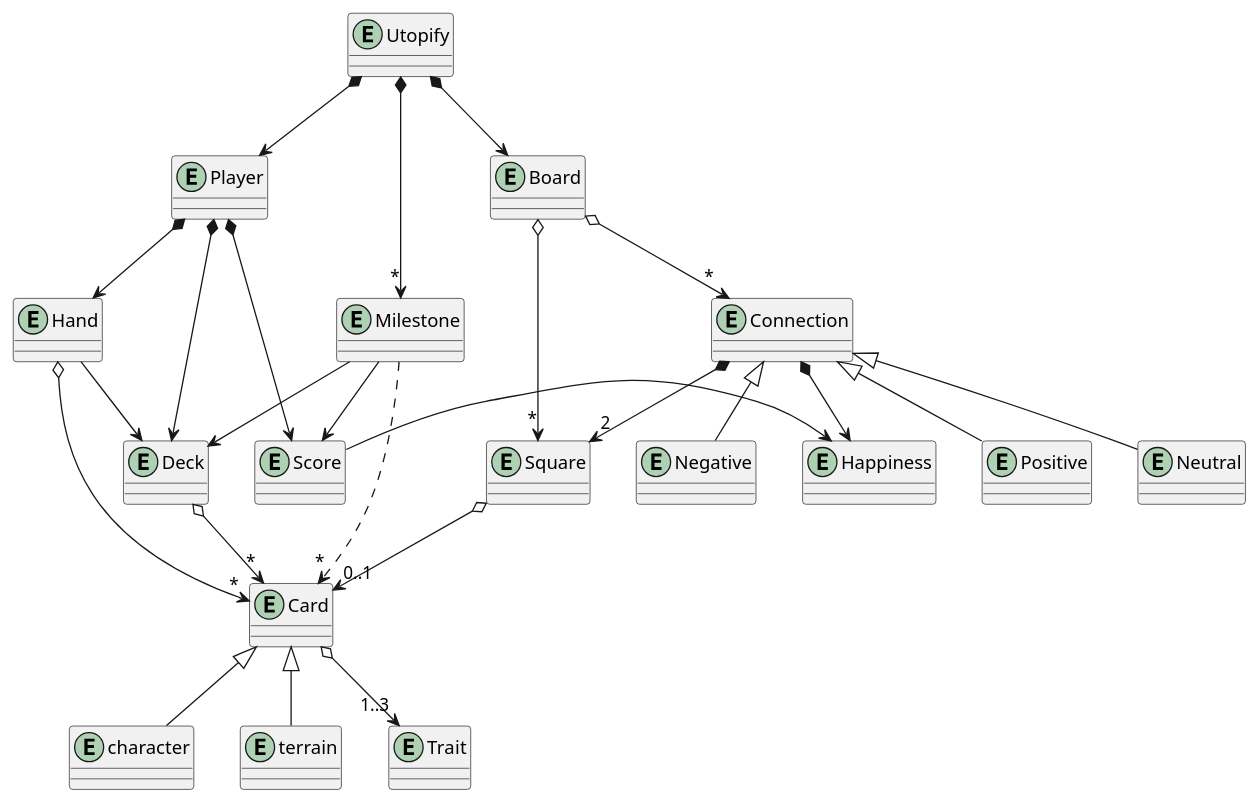
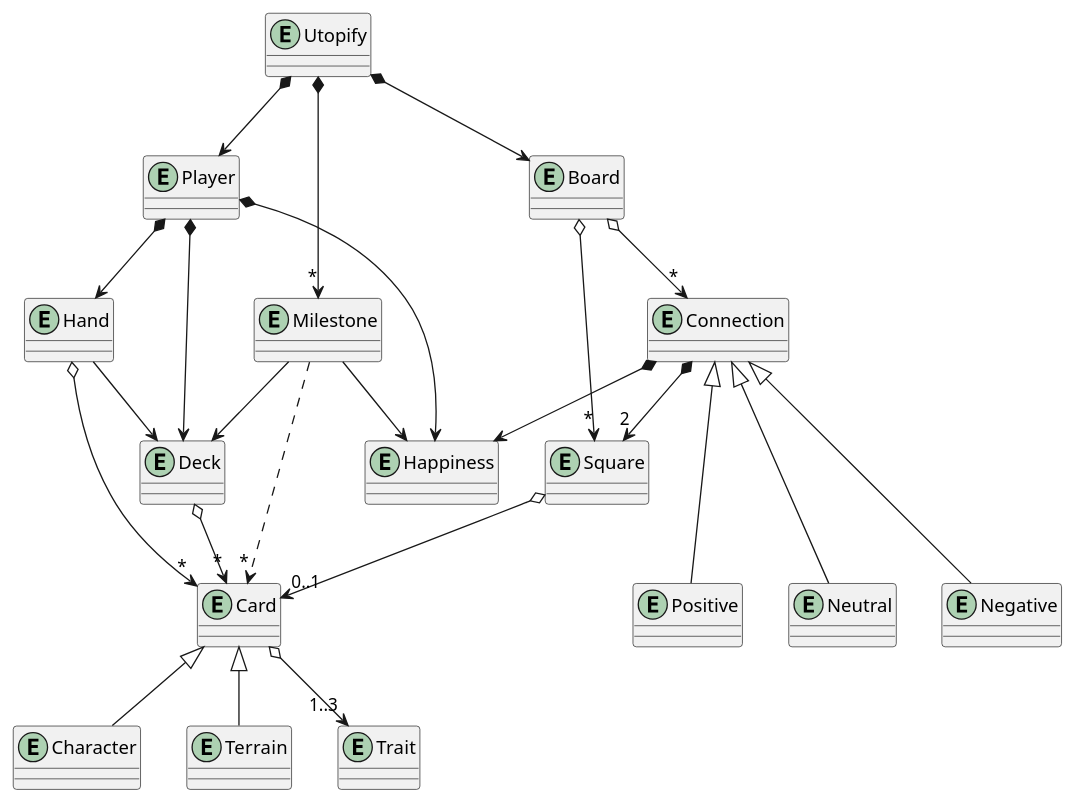
One commit to Juan-Albert/Utopify changed the diagram in Diagrams/UML/DomainModel.puml. Above: the diagram before and after it, drawn with PlantUML.

Commit message:
docs: replace score as happiness

```diff
--- a/Diagrams/UML/DomainModel.puml
+++ b/Diagrams/UML/DomainModel.puml
@@ -1,49 +1,47 @@
 @startuml
 
 entity Utopify
 entity Player
 entity Deck
 entity Hand
 entity Card
-entity character
-entity terrain
+entity Character
+entity Terrain
 entity Trait
 entity Board
 entity Square
 entity Connection
 entity Positive
 entity Neutral
 entity Negative
 entity Happiness
-entity Score
 entity Milestone
 
 Utopify *--> Player
 Player *--> Deck
 Player *--> Hand
 Hand --> Deck
 Hand o--> "*" Card
 Deck o--> "*" Card
 Card o--> "1..3" Trait
-Card <|-- character
-Card <|-- terrain
+Card <|-- Character
+Card <|-- Terrain
 
-Player *--> Score
-Score -> Happiness
+Player *--> Happiness
 
 Utopify *--> Board
 Board o--> "*" Square
 Board o--> "*" Connection
 Square o--> "0..1" Card
 Connection *--> "2" Square
 Connection *--> Happiness
-Connection <|-- Positive
-Connection <|-- Neutral
-Connection <|-- Negative
+Connection <|--- Positive
+Connection <|--- Neutral
+Connection <|--- Negative
 
 Utopify *--> "*" Milestone
-Milestone --> Score
+Milestone --> Happiness
 Milestone --> Deck
 Milestone ..> "*" Card 
 
 @enduml
```
